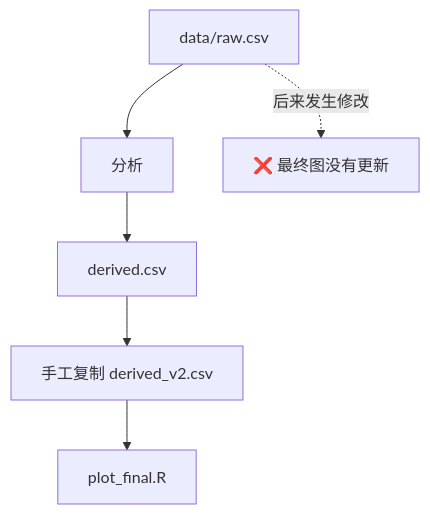
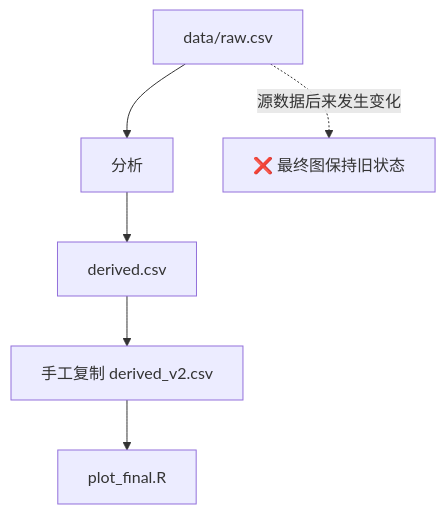
Before and after one commit to apexpeng/r-data-lineage-plotting: the second of 3 diagrams in README.zh-CN.md, drawn with Mermaid. The commit also changed other lines of this file, not shown here.

````diff
--- a/README.zh-CN.md
+++ b/README.zh-CN.md
@@ -129,8 +66,8 @@
 ```mermaid
 flowchart TD
     A["data/raw.csv"] --> B["分析"]
     B --> C["derived.csv"]
     C --> D["手工复制 derived_v2.csv"]
     D --> E["plot_final.R"]
-    A -. 后来发生修改 .-> F["❌ 最终图没有更新"]
+    A -. 源数据后来发生变化 .-> F["❌ 最终图保持旧状态"]
 ```
````
